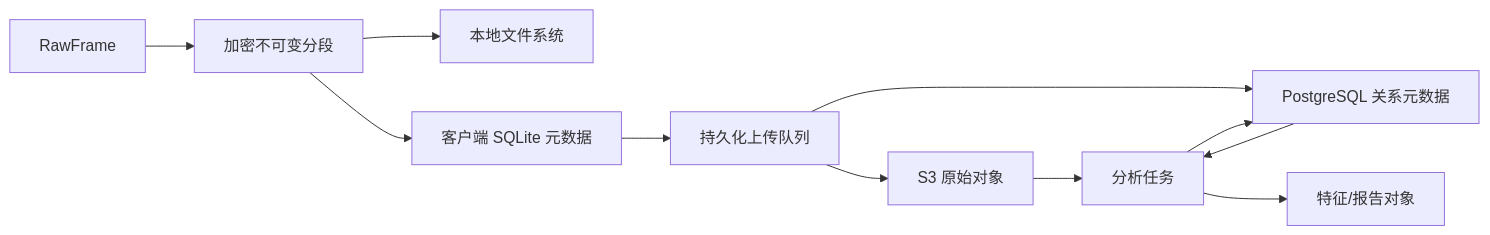
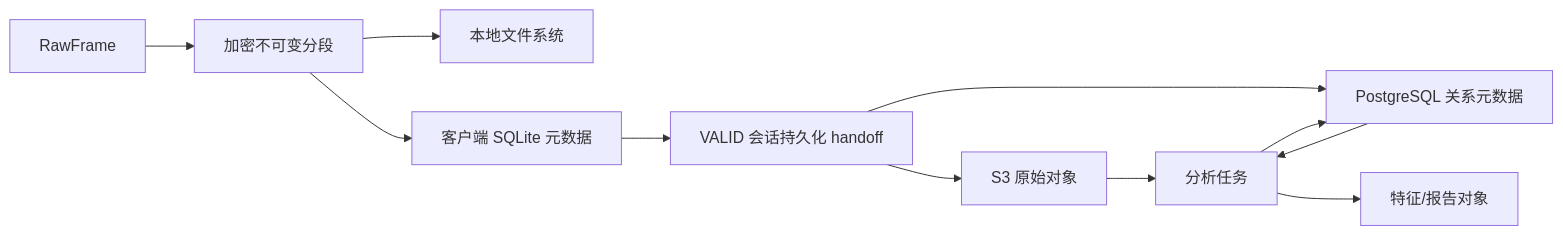
Before and after one commit to RGu0/feet-force-plate: the first of 3 diagrams in docs/数据库设计文档.md, drawn with Mermaid. The commit also changed other lines of this file and 2 other files, not shown here.

Commit message:
docs: retire sealed upload task lifecycle

````diff
--- a/docs/数据库设计文档.md
+++ b/docs/数据库设计文档.md
@@ -30,13 +30,13 @@
 ```mermaid
 flowchart LR
     FRAME["RawFrame"] --> SEGMENT["加密不可变分段"]
     SEGMENT --> LOCALFILE["本地文件系统"]
     SEGMENT --> SQLITE["客户端 SQLite 元数据"]
-    SQLITE --> UPLOAD["持久化上传队列"]
+    SQLITE --> UPLOAD["VALID 会话持久化 handoff"]
     UPLOAD --> OBJECT["S3 原始对象"]
     UPLOAD --> PG["PostgreSQL 关系元数据"]
     PG --> ANALYSIS["分析任务"]
     OBJECT --> ANALYSIS
     ANALYSIS --> PG
     ANALYSIS --> ARTIFACT["特征/报告对象"]
 ```
````
